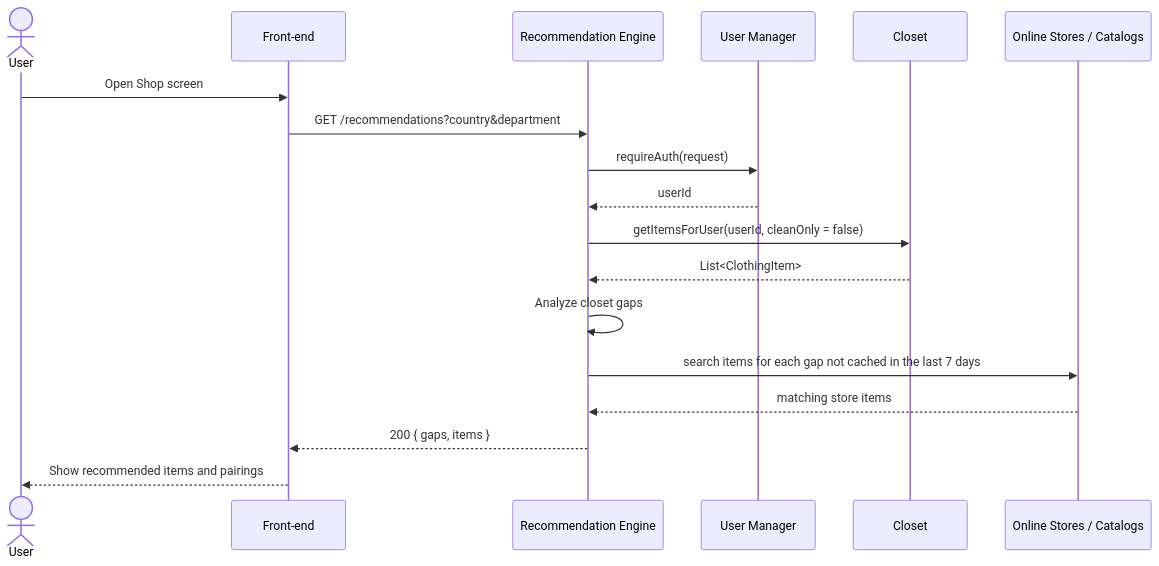
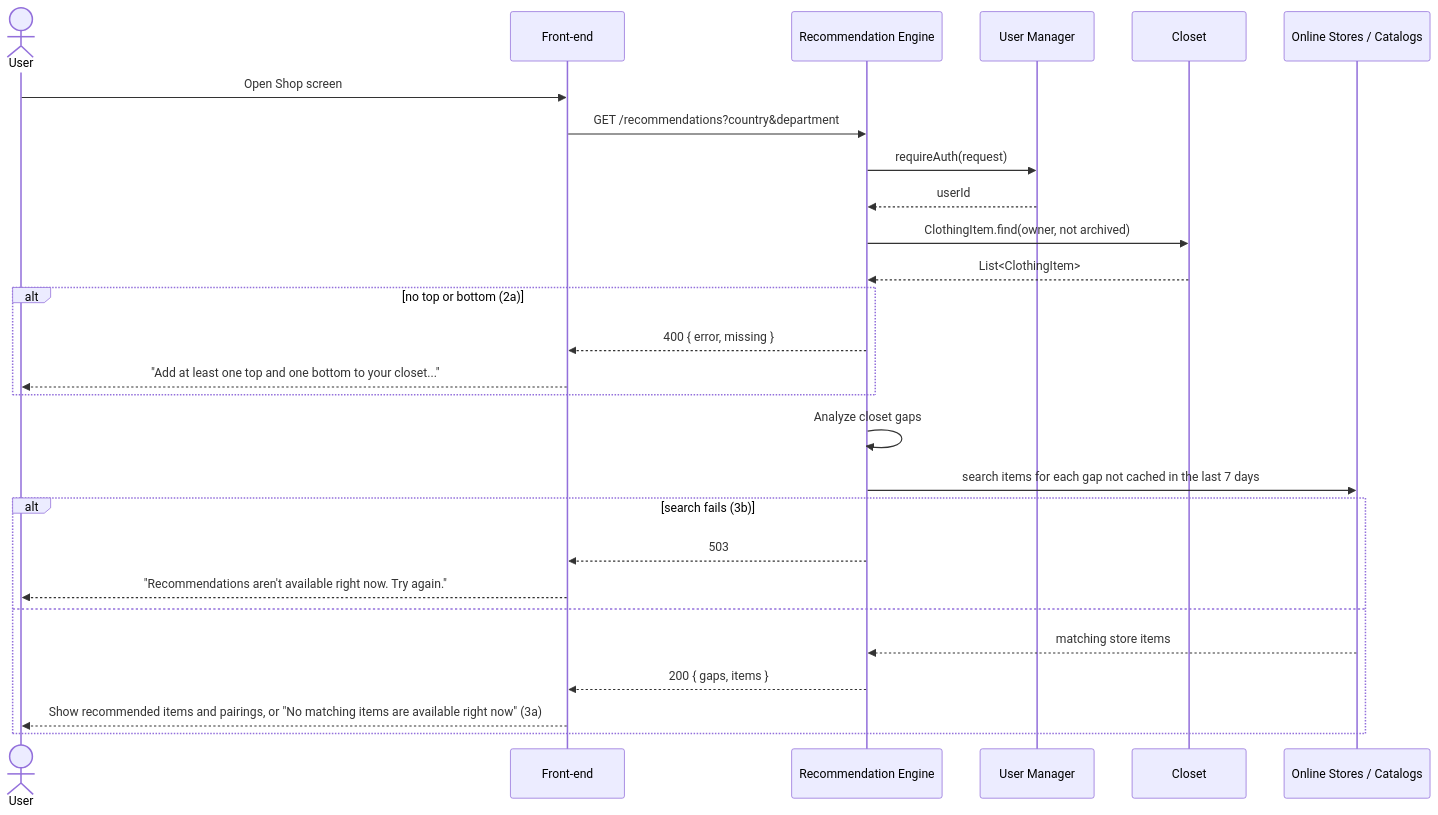
The fourth of 5 diagrams in documentation/Requirements_and_Design.md (evannawfal/fabricate), drawn with Mermaid before and after one commit. The commit also changed other lines of this file, not shown here.

````diff
--- a/documentation/Requirements_and_Design.md
+++ b/documentation/Requirements_and_Design.md
@@ -461,21 +520,30 @@
 ```mermaid
 sequenceDiagram
     actor U as User
     participant FE as Front-end
     participant OU as Recommendation Engine
     participant US as User Manager
     participant CL as Closet
     participant ST as Online Stores / Catalogs
 
     U->>FE: Open Shop screen
     FE->>OU: GET /recommendations?country&department
     OU->>US: requireAuth(request)
     US-->>OU: userId
-    OU->>CL: getItemsForUser(userId, cleanOnly = false)
+    OU->>CL: ClothingItem.find(owner, not archived)
     CL-->>OU: List<ClothingItem>
+    alt no top or bottom (2a)
+        OU-->>FE: 400 { error, missing }
+        FE-->>U: "Add at least one top and one bottom to your closet..."
+    end
     OU->>OU: Analyze closet gaps
     OU->>ST: search items for each gap not cached in the last 7 days
-    ST-->>OU: matching store items
-    OU-->>FE: 200 { gaps, items }
-    FE-->>U: Show recommended items and pairings
+    alt search fails (3b)
+        OU-->>FE: 503
+        FE-->>U: "Recommendations aren't available right now. Try again."
+    else
+        ST-->>OU: matching store items
+        OU-->>FE: 200 { gaps, items }
+        FE-->>U: Show recommended items and pairings, or "No matching items are available right now" (3a)
+    end
 ```
````
